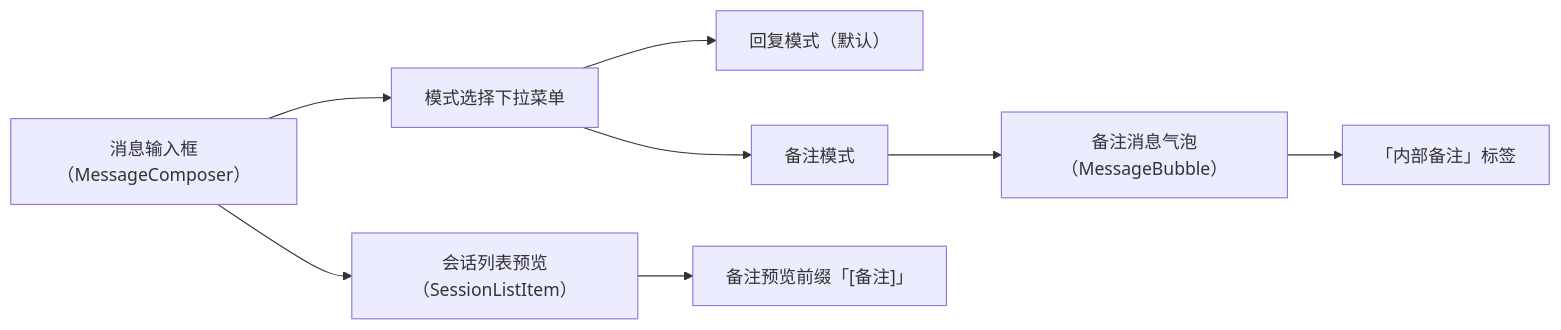
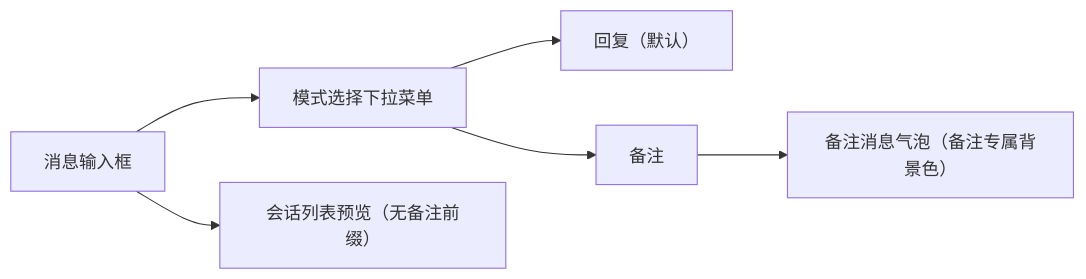
One commit to goeye/twt changed the first of 2 diagrams in docs/PRD-在线会话Note内部备注.md. Above: the diagram before and after it, drawn with Mermaid. The commit also changed other lines of this file and 5 other files, not shown here.

````diff
--- a/docs/PRD-在线会话Note内部备注.md
+++ b/docs/PRD-在线会话Note内部备注.md
@@ -42,10 +42,8 @@
 ```mermaid
 graph LR
-  A["消息输入框（MessageComposer）"] --> B["模式选择下拉菜单"]
-  B --> C["回复模式（默认）"]
-  B --> D["备注模式"]
-  D --> E["备注消息气泡（MessageBubble）"]
-  E --> F["「内部备注」标签"]
-  A --> G["会话列表预览（SessionListItem）"]
-  G --> H["备注预览前缀「[备注]」"]
+  A["消息输入框"] --> B["模式选择下拉菜单"]
+  B --> C["回复（默认）"]
+  B --> D["备注"]
+  D --> E["备注消息气泡（备注专属背景色）"]
+  A --> G["会话列表预览（无备注前缀）"]
 ```
````
